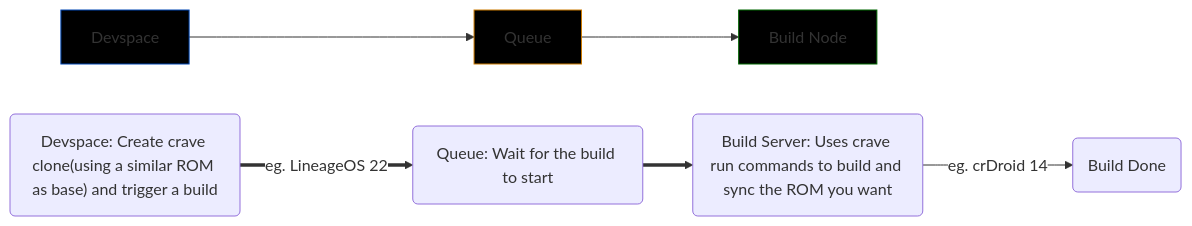
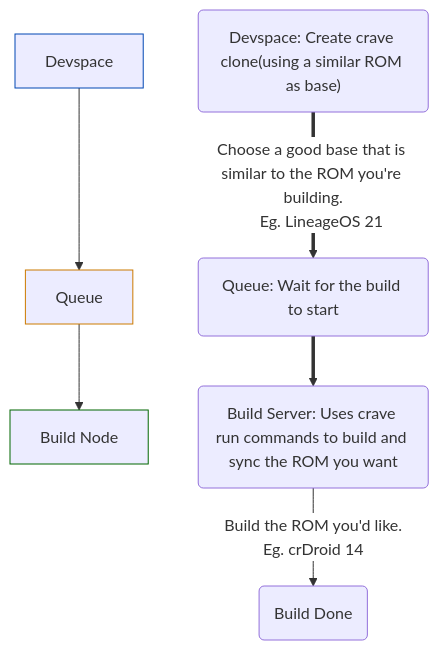
The diagram in getting-started/unsupported-roms.md (FOSSonTop/crave), drawn with Mermaid before and after one commit.

Commit message:
Unsupported: Try to improve diagram

````diff
--- a/getting-started/unsupported-roms.md
+++ b/getting-started/unsupported-roms.md
@@ -16,17 +16,20 @@
 ```mermaid
 %%{init: {'themeVariables': { 'primaryColor': '#ffcccc', 'edgeLabelBackground':'#fff', 'tertiaryColor':'#ccffcc'}}}%%
-graph LR
+graph TD
     %% Diagram 1: Create crave clone -> start build
     A[Devspace] --> M
     M[Queue] --> N[Build Node]
     
-    style A fill:#000000,stroke:#0047b3
-    style M fill:#000000,stroke:#cc7a00
-    style N fill:#000000,stroke:#006600
+    style A stroke:#0047b3
+    style M stroke:#cc7a00
+    style N stroke:#006600
 
-    P("Devspace: Create crave clone(using a similar ROM as base) and trigger a build") 
+    P("Devspace: Create crave clone(using a similar ROM as base)") 
     Q("Queue: Wait for the build to start") 
     R("Build Server: Uses crave run commands to build and sync the ROM you want")
     
-    P ==> | eg. LineageOS 22|Q ==> R --> |eg. crDroid 14 | S(Build Done)
+    P ==> | Choose a good base that is similar to the ROM you're building.
+    Eg. LineageOS 21 |Q ==> R --> |Build the ROM you'd like. 
+    Eg. crDroid 14 | S(Build Done)
+
   ```
````
